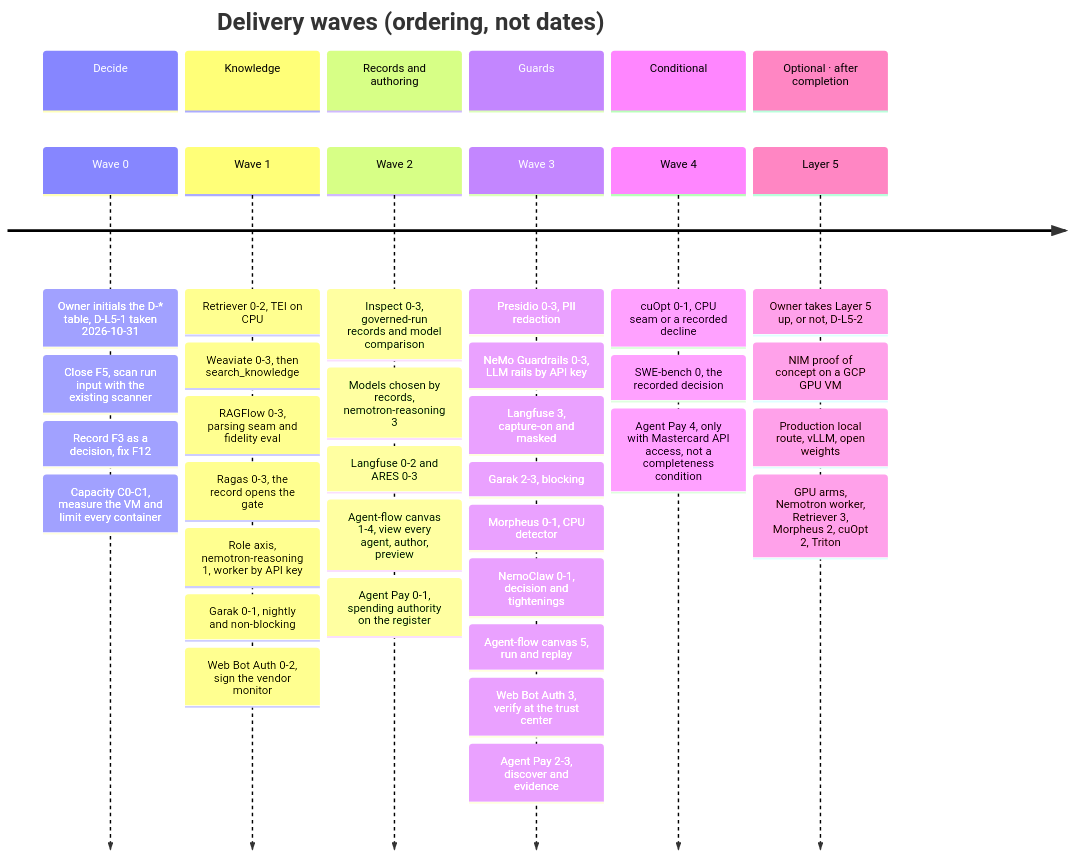
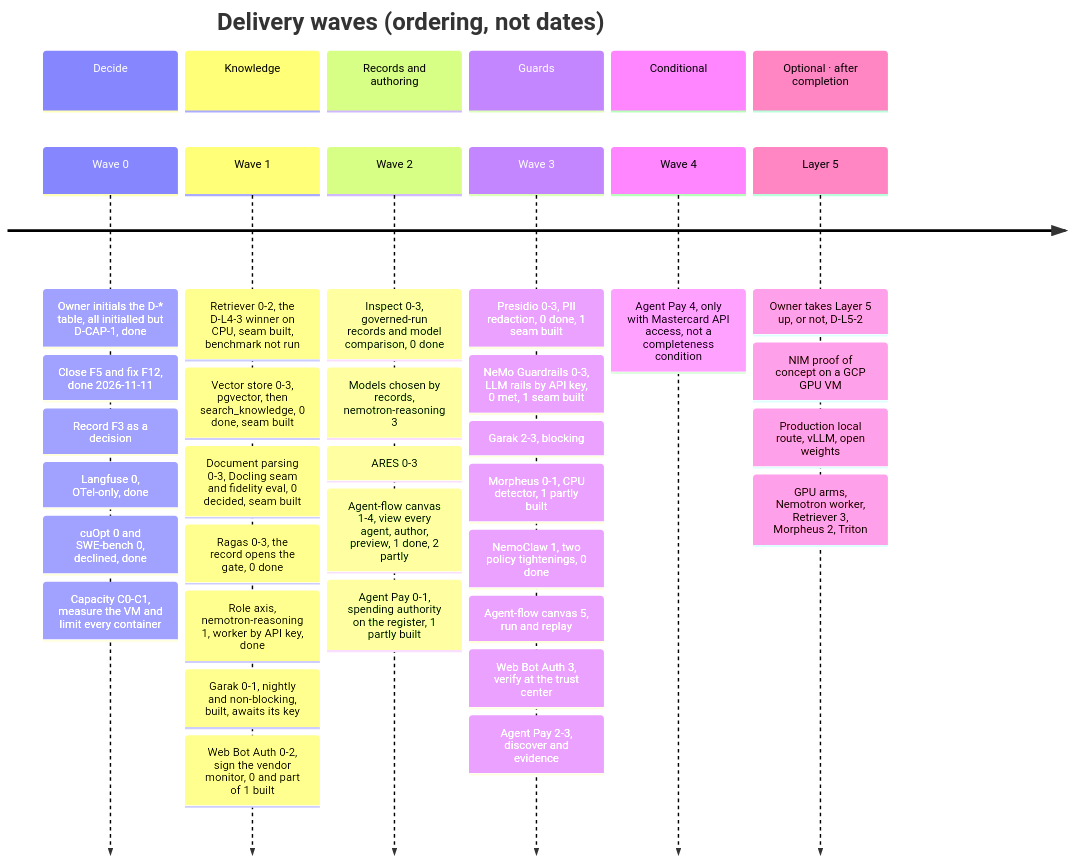
One commit to RodnaPamet/inflect-compliance changed the third of 5 diagrams in docs/ai-architecture-roadmap.md. Above: the diagram before and after it, drawn with Mermaid. The commit also changed other lines of this file and 287 other files, not shown here.

First line of the commit message:
AI roadmap waves 0–1: owner decisions, 22 phases built across 15 roadmaps (#5323)

````diff
--- a/docs/ai-architecture-roadmap.md
+++ b/docs/ai-architecture-roadmap.md
@@ -630,42 +816,41 @@
 ```mermaid
 timeline
   title Delivery waves (ordering, not dates)
   section Decide
-    Wave 0 : Owner initials the D-* table, D-L5-1 taken 2026-10-31
-           : Close F5, scan run input with the existing scanner
-           : Record F3 as a decision, fix F12
+    Wave 0 : Owner initials the D-* table, all initialled but D-CAP-1, done
+           : Close F5 and fix F12, done 2026-11-11
+           : Record F3 as a decision
+           : Langfuse 0, OTel-only, done
+           : cuOpt 0 and SWE-bench 0, declined, done
            : Capacity C0-C1, measure the VM and limit every container
   section Knowledge
-    Wave 1 : Retriever 0-2, TEI on CPU
-           : Weaviate 0-3, then search_knowledge
-           : RAGFlow 0-3, parsing seam and fidelity eval
-           : Ragas 0-3, the record opens the gate
-           : Role axis, nemotron-reasoning 1, worker by API key
-           : Garak 0-1, nightly and non-blocking
-           : Web Bot Auth 0-2, sign the vendor monitor
+    Wave 1 : Retriever 0-2, the D-L4-3 winner on CPU, seam built, benchmark not run
+           : Vector store 0-3, pgvector, then search_knowledge, 0 done, seam built
+           : Document parsing 0-3, Docling seam and fidelity eval, 0 decided, seam built
+           : Ragas 0-3, the record opens the gate, 0 done
+           : Role axis, nemotron-reasoning 1, worker by API key, done
+           : Garak 0-1, nightly and non-blocking, built, awaits its key
+           : Web Bot Auth 0-2, sign the vendor monitor, 0 and part of 1 built
   section Records and authoring
-    Wave 2 : Inspect 0-3, governed-run records and model comparison
+    Wave 2 : Inspect 0-3, governed-run records and model comparison, 0 done
            : Models chosen by records, nemotron-reasoning 3
-           : Langfuse 0-2 and ARES 0-3
-           : Agent-flow canvas 1-4, view every agent, author, preview
-           : Agent Pay 0-1, spending authority on the register
+           : ARES 0-3
+           : Agent-flow canvas 1-4, view every agent, author, preview, 1 done, 2 partly
+           : Agent Pay 0-1, spending authority on the register, 1 partly built
   section Guards
-    Wave 3 : Presidio 0-3, PII redaction
-           : NeMo Guardrails 0-3, LLM rails by API key
-           : Langfuse 3, capture-on and masked
+    Wave 3 : Presidio 0-3, PII redaction, 0 done, 1 seam built
+           : NeMo Guardrails 0-3, LLM rails by API key, 0 met, 1 seam built
            : Garak 2-3, blocking
-           : Morpheus 0-1, CPU detector
-           : NemoClaw 0-1, decision and tightenings
+           : Morpheus 0-1, CPU detector, 1 partly built
+           : NemoClaw 1, two policy tightenings, 0 done
            : Agent-flow canvas 5, run and replay
            : Web Bot Auth 3, verify at the trust center
            : Agent Pay 2-3, discover and evidence
   section Conditional
-    Wave 4 : cuOpt 0-1, CPU seam or a recorded decline
-           : SWE-bench 0, the recorded decision
-           : Agent Pay 4, only with Mastercard API access, not a completeness condition
+    Wave 4 : Agent Pay 4, only with Mastercard API access, not a completeness condition
   section Optional · after completion
     Layer 5 : Owner takes Layer 5 up, or not, D-L5-2
             : NIM proof of concept on a GCP GPU VM
             : Production local route, vLLM, open weights
-            : GPU arms, Nemotron worker, Retriever 3, Morpheus 2, cuOpt 2, Triton
+            : GPU arms, Nemotron worker, Retriever 3, Morpheus 2, Triton
 ```
````
